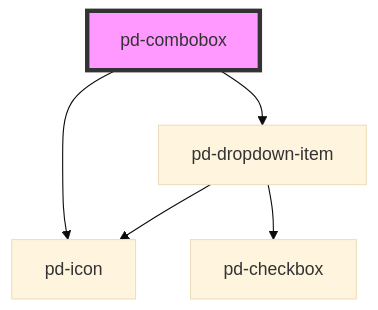
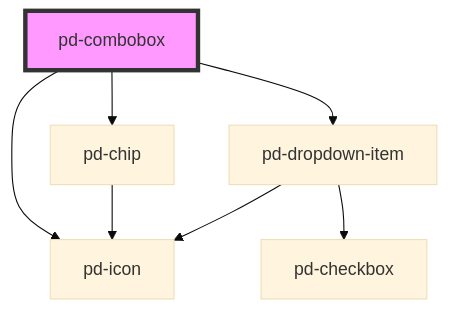
The diagram in src/components/pd-combobox/readme.md (Lambda-IT/parlamentsdienste-components), drawn with Mermaid (base theme) before and after one commit. The commit also changed other lines of this file and 6 other files, not shown here.

````diff
--- a/src/components/pd-combobox/readme.md
+++ b/src/components/pd-combobox/readme.md
@@ -149,8 +151,10 @@
 ```mermaid
 graph TD;
   pd-combobox --> pd-icon
+  pd-combobox --> pd-chip
   pd-combobox --> pd-dropdown-item
+  pd-chip --> pd-icon
   pd-dropdown-item --> pd-checkbox
   pd-dropdown-item --> pd-icon
   style pd-combobox fill:#f9f,stroke:#333,stroke-width:4px
 ```
````
